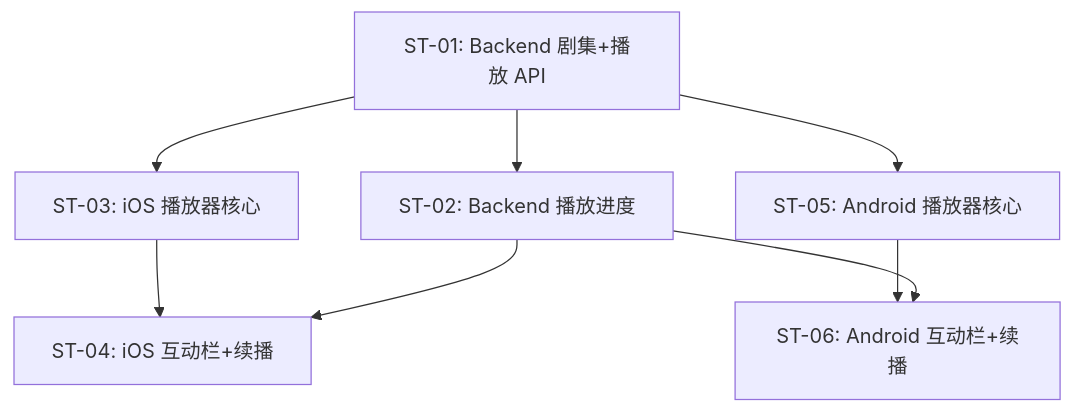
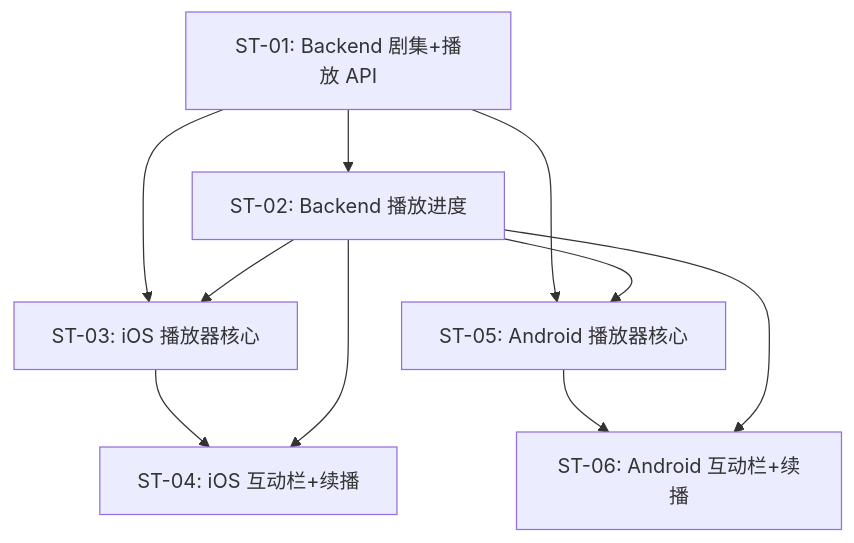
Before and after one commit to djs66256/fork-any-application: the diagram in docs/product_manager/prd/2026-07-25-full-player/subtasks.md, drawn with Mermaid. The commit also changed other lines of this file and 114 other files, not shown here.

````diff
--- a/docs/product_manager/prd/2026-07-25-full-player/subtasks.md
+++ b/docs/product_manager/prd/2026-07-25-full-player/subtasks.md
@@ -221,10 +230,12 @@
 ```mermaid
 flowchart TD
     ST-01[ST-01: Backend 剧集+播放 API] --> ST-02[ST-02: Backend 播放进度]
     ST-01 --> ST-03[ST-03: iOS 播放器核心]
     ST-01 --> ST-05[ST-05: Android 播放器核心]
+    ST-02 --> ST-03
+    ST-02 --> ST-05
     ST-03 --> ST-04[ST-04: iOS 互动栏+续播]
     ST-05 --> ST-06[ST-06: Android 互动栏+续播]
     ST-02 --> ST-04
     ST-02 --> ST-06
 ```
````
